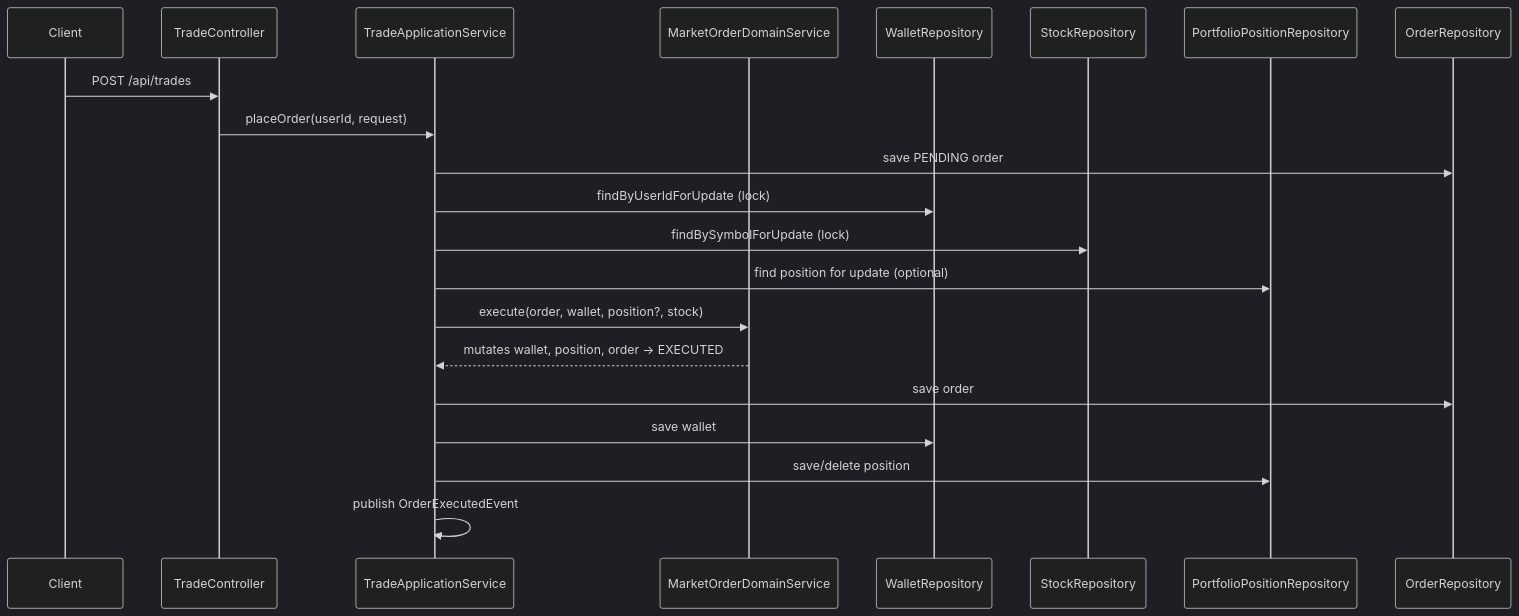
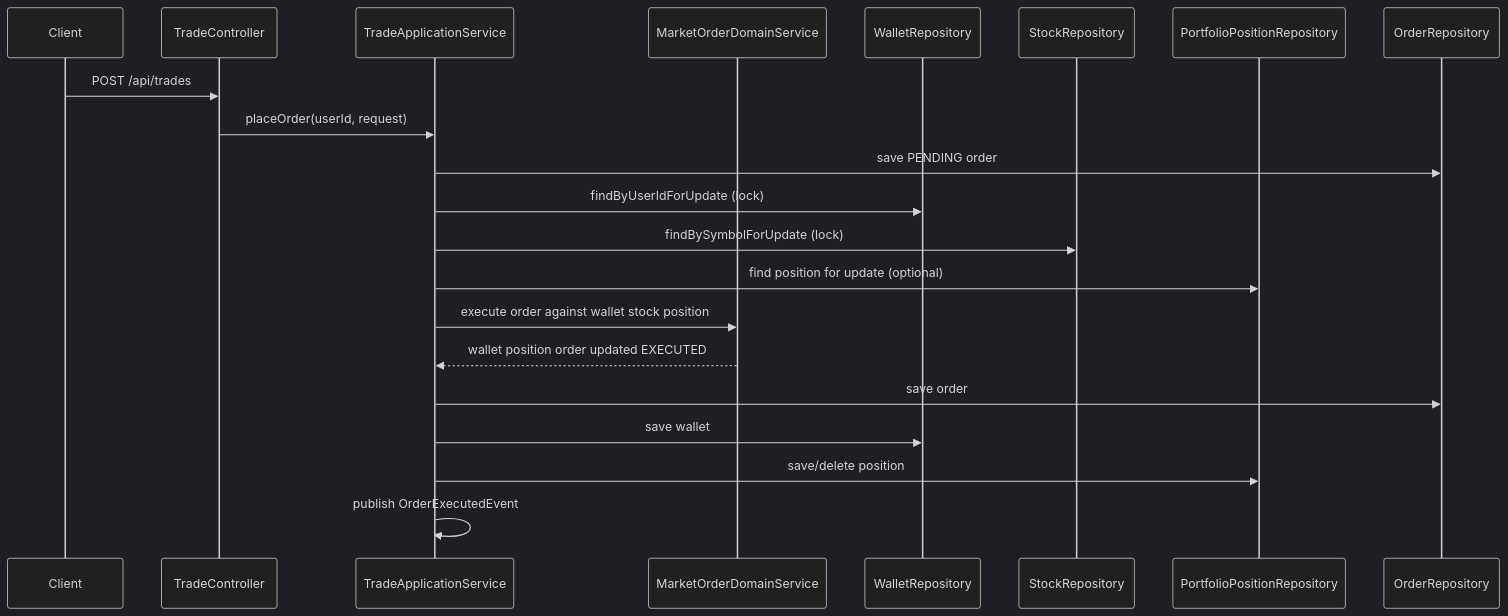
Before and after one commit to saifcores/mini-trading-platfrom: the fourth of 5 diagrams in docs/ARCHITECTURE.md, drawn with Mermaid (dark theme). The commit also changed other lines of this file and 3 other files, not shown here.

First line of the commit message:
chore: backend security, datasource config, and architecture docs

````diff
--- a/docs/ARCHITECTURE.md
+++ b/docs/ARCHITECTURE.md
@@ -154,23 +155,23 @@
 ```mermaid
 sequenceDiagram
   participant C as Client
   participant TC as TradeController
   participant TS as TradeApplicationService
   participant D as MarketOrderDomainService
   participant WR as WalletRepository
   participant SR as StockRepository
   participant PR as PortfolioPositionRepository
   participant OR as OrderRepository
   C->>TC: POST /api/trades
   TC->>TS: placeOrder(userId, request)
   TS->>OR: save PENDING order
   TS->>WR: findByUserIdForUpdate (lock)
   TS->>SR: findBySymbolForUpdate (lock)
   TS->>PR: find position for update (optional)
-  TS->>D: execute(order, wallet, position?, stock)
-  D-->>TS: mutates wallet, position, order → EXECUTED
+  TS->>D: execute order against wallet stock position
+  D-->>TS: wallet position order updated EXECUTED
   TS->>OR: save order
   TS->>WR: save wallet
   TS->>PR: save/delete position
   TS->>TS: publish OrderExecutedEvent
 ```
````
